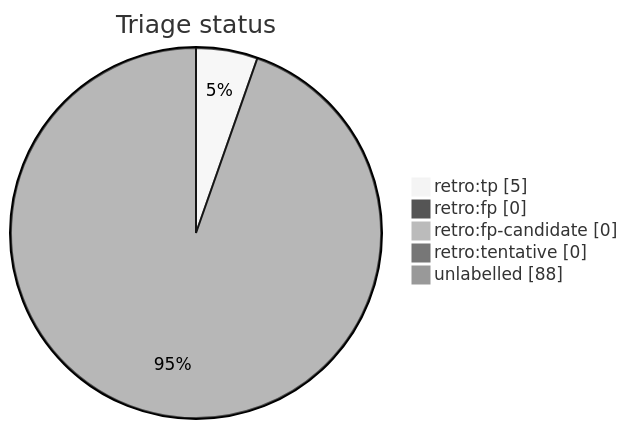
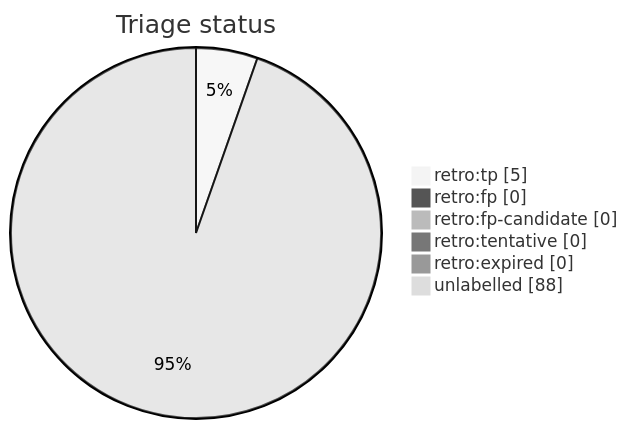
The diagram in docs/generated/scripts/auto-retro-triage-report.md (tvna/claude-md), drawn with Mermaid (neutral theme) before and after one commit.

Commit message:
chore(auto-retro): refresh triage report
Refs #1042

````diff
--- a/docs/generated/scripts/auto-retro-triage-report.md
+++ b/docs/generated/scripts/auto-retro-triage-report.md
@@ -15,9 +15,10 @@
 ```mermaid
 pie showData
     title Triage status
     "retro:tp" : 5
     "retro:fp" : 0
     "retro:fp-candidate" : 0
     "retro:tentative" : 0
+    "retro:expired" : 0
     "unlabelled" : 88
 ```
````
